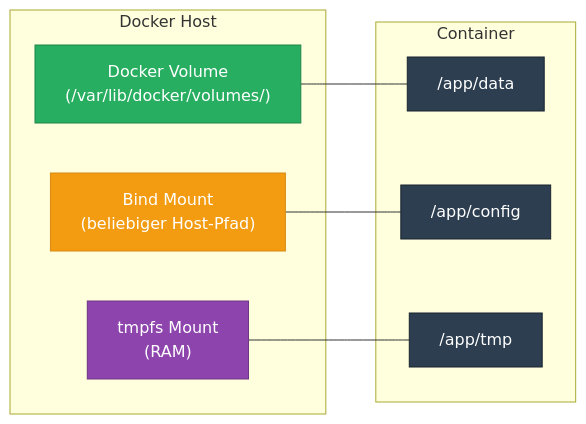
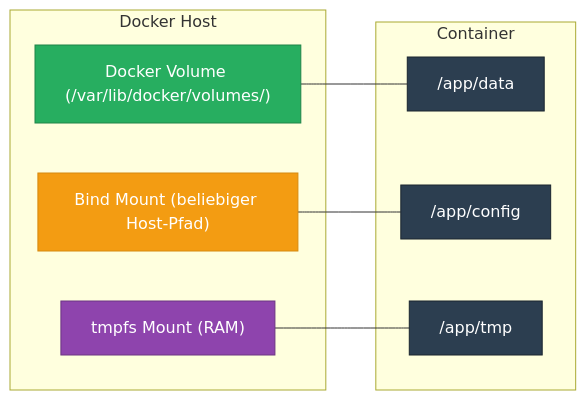
The second of 2 diagrams in Container/Docker/Konzepte/Docker Volumes und Storage.md (SoniiiT/notes-n-docs), drawn with Mermaid before and after one commit. The commit also changed other lines of this file and 124 other files, not shown here.

First line of the commit message:
fix: Entferne \n aus allen Mermaid-Diagrammen (125 Dateien)

````diff
--- a/Container/Docker/Konzepte/Docker Volumes und Storage.md
+++ b/Container/Docker/Konzepte/Docker Volumes und Storage.md
@@ -72,25 +72,25 @@
 ```mermaid
 graph LR
     subgraph Docker Host
-        V["Docker Volume\n(/var/lib/docker/volumes/)"]
-        B["Bind Mount\n(beliebiger Host-Pfad)"]
-        T["tmpfs Mount\n(RAM)"]
+        V["Docker Volume (/var/lib/docker/volumes/)"]
+        B["Bind Mount (beliebiger Host-Pfad)"]
+        T["tmpfs Mount (RAM)"]
     end
 
     subgraph Container
         C1["/app/data"]
         C2["/app/config"]
         C3["/app/tmp"]
     end
 
     V --- C1
     B --- C2
     T --- C3
 
     style V fill:#27ae60,stroke:#1e8449,color:#fff
     style B fill:#f39c12,stroke:#d68910,color:#fff
     style T fill:#8e44ad,stroke:#6c3483,color:#fff
     style C1 fill:#2c3e50,stroke:#1a252f,color:#fff
     style C2 fill:#2c3e50,stroke:#1a252f,color:#fff
     style C3 fill:#2c3e50,stroke:#1a252f,color:#fff
 ```
````
